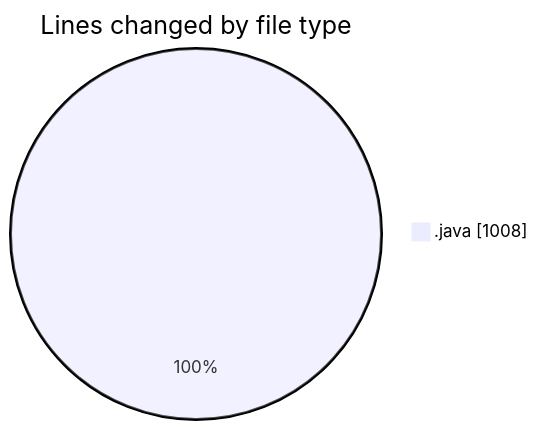
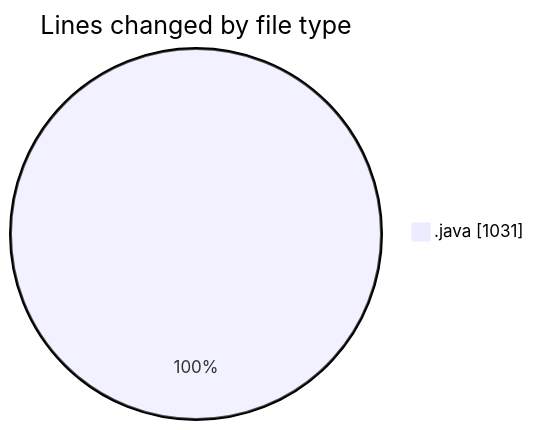
Before and after one commit to ricardozamudiocil/code-tracking: the first of 2 diagrams in 2026-03-23/cilapp/README.md, drawn with Mermaid. The commit also changed other lines of this file and 1 other file, not shown here.

````diff
--- a/2026-03-23/cilapp/README.md
+++ b/2026-03-23/cilapp/README.md
@@ -22,5 +22,5 @@
 ```mermaid
 pie showData
 title Lines changed by file type
-".java" : 1008
+".java" : 1031
 ```
````
